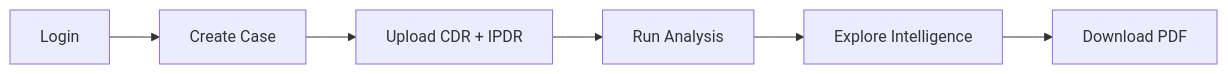
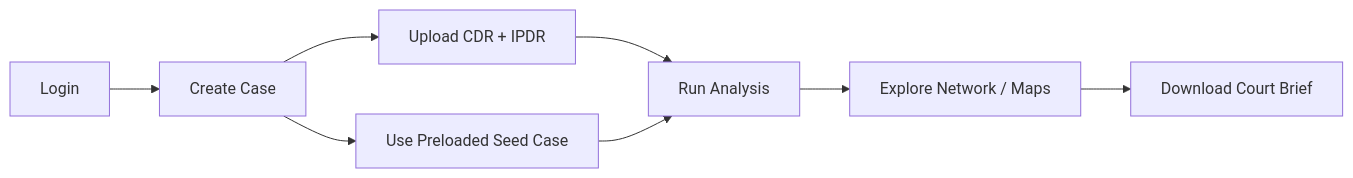
The second of 2 diagrams in README.md (hydra-eng/trace), drawn with Mermaid before and after one commit. The commit also changed other lines of this file and 9 other files, not shown here.

````diff
--- a/README.md
+++ b/README.md
@@ -265,8 +291,9 @@
 ```mermaid
 flowchart LR
     A[Login] --> B[Create Case]
     B --> C[Upload CDR + IPDR]
-    C --> D[Run Analysis]
-    D --> E[Explore Intelligence]
-    E --> F[Download PDF]
+    B --> D[Use Preloaded Seed Case]
+    C & D --> E[Run Analysis]
+    E --> F[Explore Network / Maps]
+    F --> G[Download Court Brief]
 ```
````
